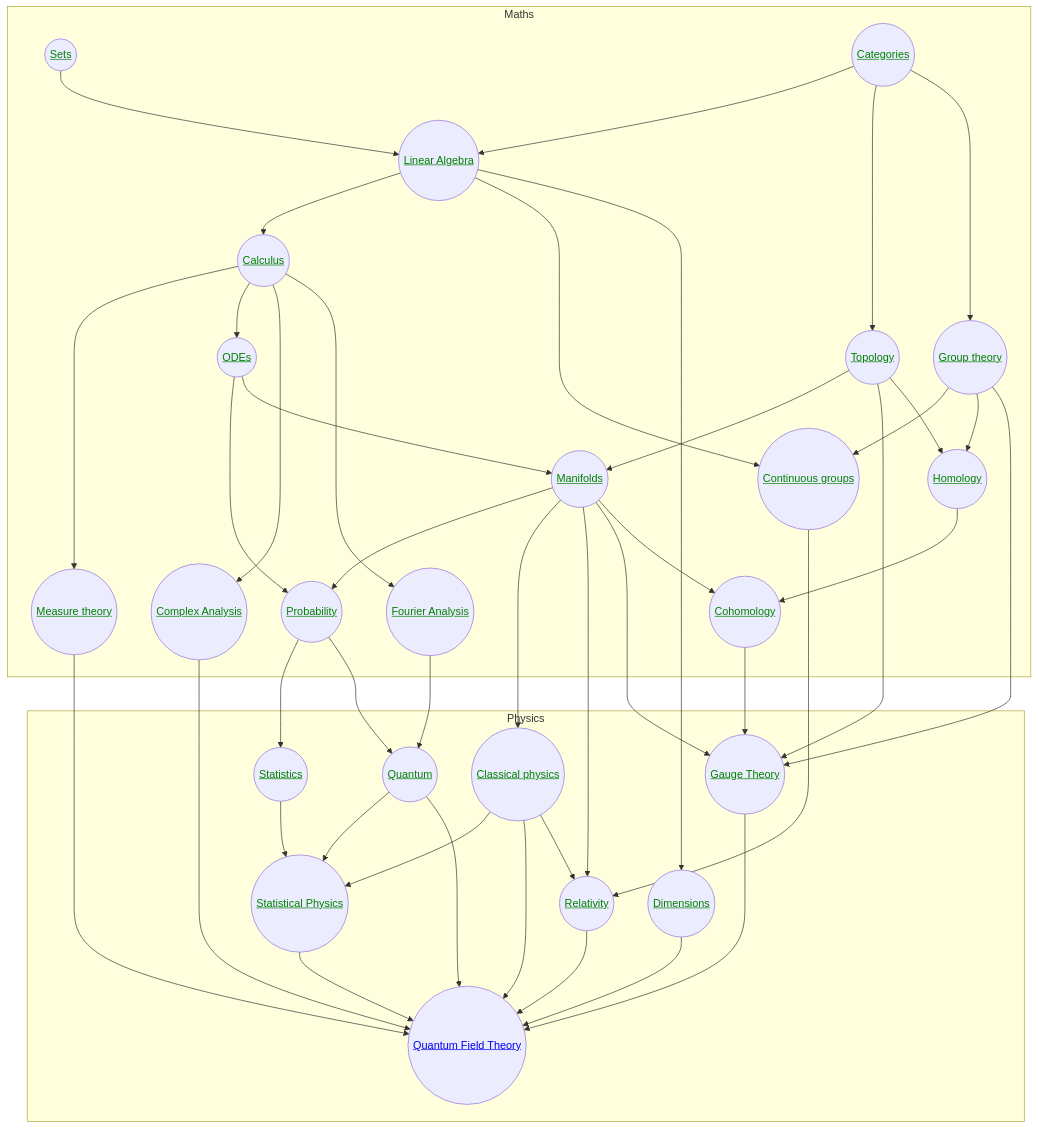
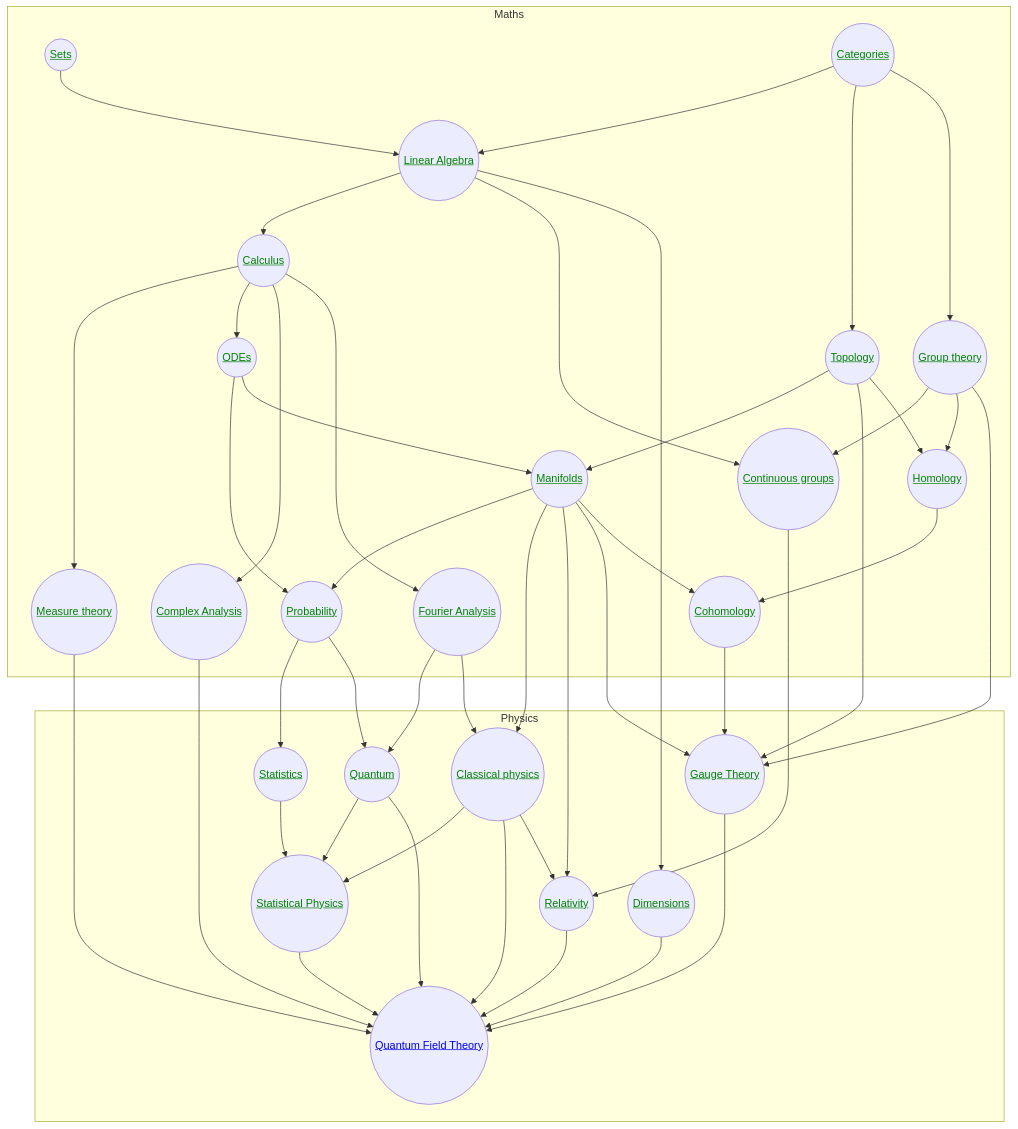
The diagram in docs/index.md (reubenharry/physics), drawn with Mermaid before and after one commit. The commit also changed other lines of this file and 9 other files, not shown here.

````diff
--- a/docs/index.md
+++ b/docs/index.md
@@ -3,68 +3,69 @@
 ```mermaid
 graph TB
     subgraph Maths
     N((<a href='/maths/sets' style=color:green >  Sets </a>)) --> LA
     
     LA((<a href='/maths/linearalgebra' style=color:green >Linear Algebra </a>))
     FA((<a href='/maths/fourier' style=color:green >Fourier Analysis </a>))
     LA --> C((<a href='/maths/calculus' style=color:green > Calculus </a>))
     DE((<a href='/maths/diffeq' style=color:green > ODEs </a>))
     LA --> RT((<a href='/maths/representations' style=color:green >Continuous groups</a>))
     DG((<a href='/maths/differential_geometry' style=color:green >Manifolds</a>))
     MT((<a href='/maths/measuretheory' style=color:green >Measure theory </a>))
     GT((<a href='/maths/groups' style=color:green >Group theory </a>)) --> RT
     CT((<a href='/maths/categories' style=color:green >Categories</a>)) --> LA
     CA((<a href='/maths/complexanalysis' style=color:green >Complex Analysis</a>))
     DG --> P((<a href='/maths/probability' style=color:green >Probability</a>))
     TP((<a href='/maths/topology' style=color:green >Topology</a>))
     HM((<a href='/maths/homology' style=color:green >Homology</a>))
     CHM((<a href='/maths/cohomology' style=color:green >Cohomology</a>))
     TP --> DG
     HM --> CHM
     C --> MT
     C --> DE
     DE --> P
     DE --> DG
     
 
     end
 
     subgraph Physics
     GAT((<a href='/physics/gaugetheory' style=color:green >Gauge Theory</a>)) --> QFT
     Q((<a href='/physics/quantum' style=color:green >Quantum</a>))
     MT --> QFT
     DG --> D
     LA --> DIM((<a href='/physics/dimensions' style=color:green >Dimensions </a>))
     DIM --> QFT
     DG --> GR((<a href='/physics/relativity' style=color:green >Relativity </a>))
     GR --> QFT((<a href='/physics/qft'>Quantum Field Theory</a>))
     D((<a href='/physics/classical' style=color:green >Classical physics</a>))
     TM((<a href='/physics/statisticalphysics' style=color:green >Statistical Physics</a>)) --> QFT
     Stats((<a href='/physics/statistics' style=color:green >Statistics</a>))
     
     end
     D --> TM
     D --> QFT
     D --> GR
     GT --> HM
     GT --> GAT
     TP --> GAT
     TP --> HM
     DG --> GAT
     DG --> CHM
     CT --> TP
     RT --> GR
     Q --> TM
     Q --> QFT
     FA --> Q
     CT --> GT
     C --> CA
+    FA --> D
     CA --> QFT
     C --> FA
     
     Stats --> TM
     CHM --> GAT
     MT
     P --> Stats
     P --> Q
 ```
````
